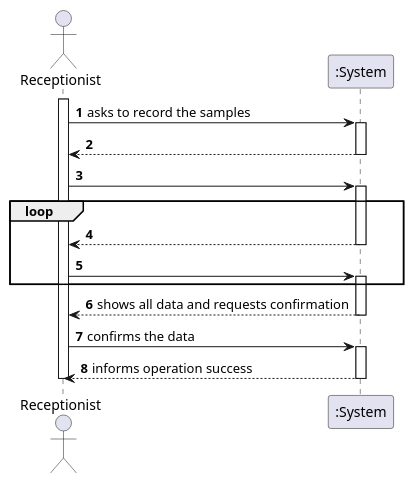
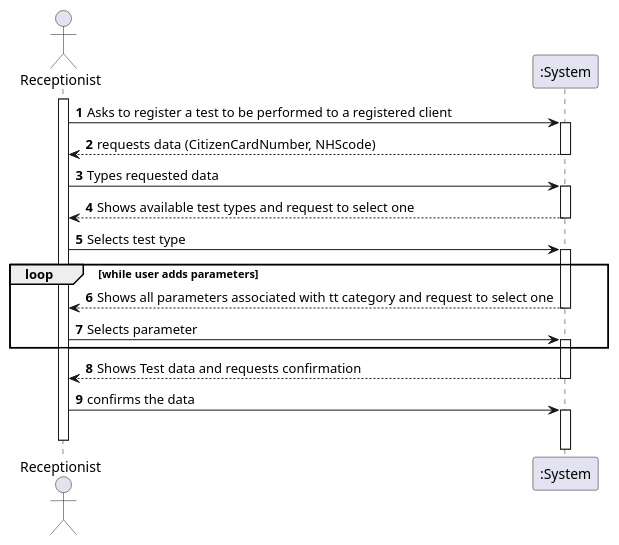
The diagram in docs/SprintC/US_4/US4_SSD.puml (ana-albergaria/LAPR2-ISEP), drawn with PlantUML before and after one commit. The commit also changed 3 other files, not shown here.

```diff
--- a/docs/SprintC/US_4/US4_SSD.puml
+++ b/docs/SprintC/US_4/US4_SSD.puml
@@ -1,34 +1,32 @@
 @startuml
 
 autonumber
 actor "Receptionist" as MLT
 
 activate MLT
-MLT -> ":System" : asks to record the samples
-/'Here below'/
+MLT -> ":System" : Asks to register a test to be performed to a registered client
 activate ":System"
-":System" --> MLT :
+":System" --> MLT :requests data (CitizenCardNumber, NHScode)
 deactivate ":System"
 
-MLT -> ":System" :
+MLT -> ":System" : Types requested data
 activate ":System"
-
-loop
-":System" --> MLT :
+":System" --> MLT : Shows available test types and request to select one
 deactivate ":System"
 
-MLT -> ":System" :
+MLT -> ":System" : Selects test type
+activate ":System"
+loop while user adds parameters
+":System" --> MLT : Shows all parameters associated with tt category and request to select one
+deactivate ":System"
+MLT -> ":System" : Selects parameter
 activate ":System"
 end
-
-":System" --> MLT : shows all data and requests confirmation
+":System" --> MLT : Shows Test data and requests confirmation
 deactivate ":System"
-
 MLT -> ":System" : confirms the data
 activate ":System"
-":System" --> MLT : informs operation success
-deactivate ":System"
 
 deactivate MLT
 
 @enduml
```
